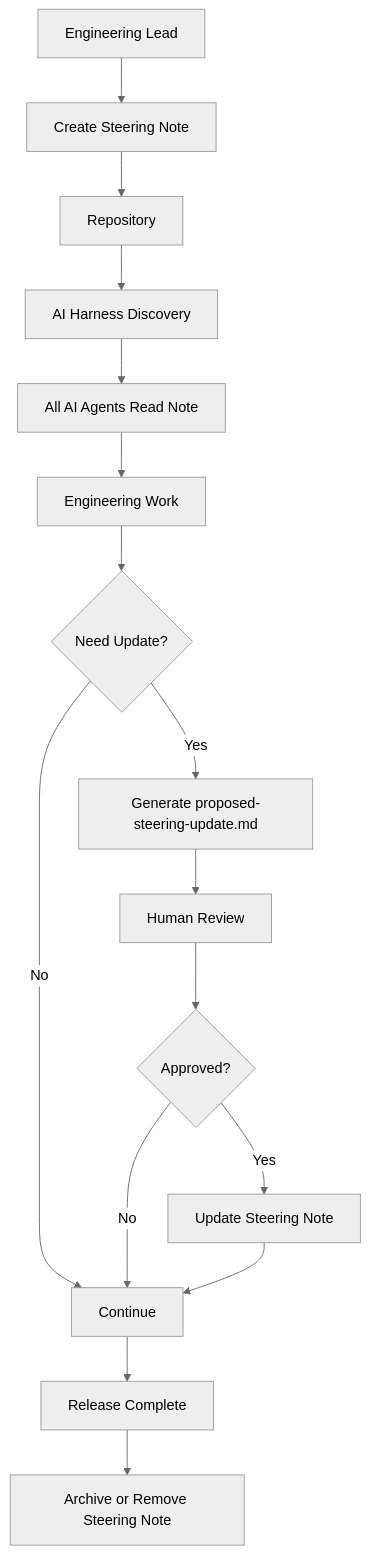
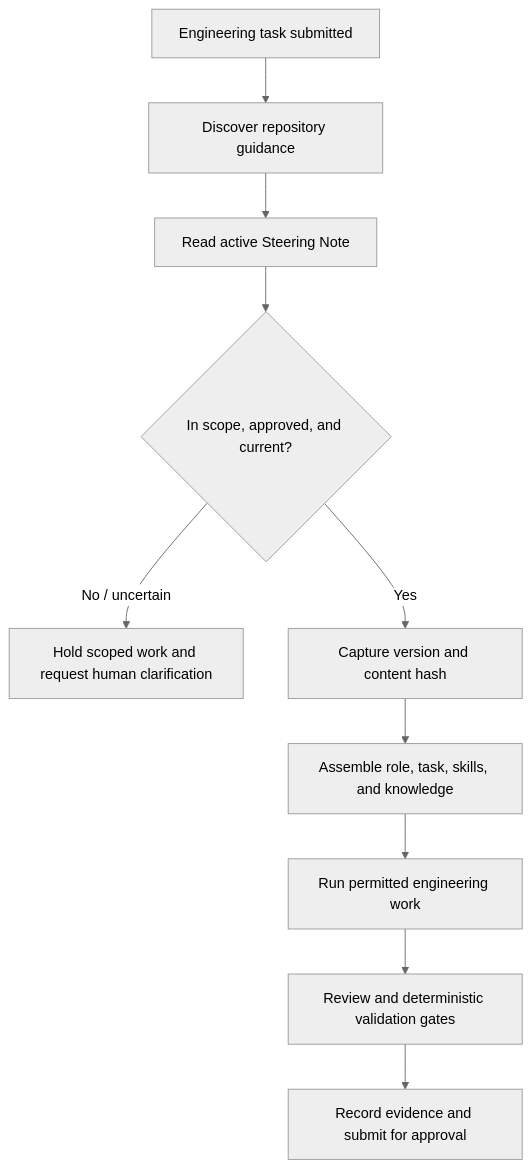
The second of 4 diagrams in book/10-steering-notes.md (sheikh-zeeshan/Enterprise-AI-Engineering-Handbook), drawn with Mermaid (neutral theme) before and after one commit. The commit also changed other lines of this file and 49 other files, not shown here.

````diff
--- a/book/10-steering-notes.md
+++ b/book/10-steering-notes.md
@@ -781,35 +592,12 @@
 ```mermaid
 flowchart TD
-
-    A[Engineering Lead]
-
-    A --> B[Create Steering Note]
-
-    B --> C[Repository]
-
-    C --> D[AI Harness Discovery]
-
-    D --> E[All AI Agents Read Note]
-
-    E --> F[Engineering Work]
-
-    F --> G{Need Update?}
-
-    G -- No --> H[Continue]
-
-    G -- Yes --> I[Generate proposed-steering-update.md]
-
-    I --> J[Human Review]
-
-    J --> K{Approved?}
-
-    K -- Yes --> L[Update Steering Note]
-
-    K -- No --> H
-
-    L --> H
-
-    H --> M[Release Complete]
-
-    M --> N[Archive or Remove Steering Note]
+    A["Engineering task submitted"] --> B["Discover repository guidance"]
+    B --> C["Read active Steering Note"]
+    C --> D{"In scope, approved, and current?"}
+    D -- "No / uncertain" --> E["Hold scoped work and request human clarification"]
+    D -- "Yes" --> F["Capture version and content hash"]
+    F --> G["Assemble role, task, skills, and knowledge"]
+    G --> H["Run permitted engineering work"]
+    H --> I["Review and deterministic validation gates"]
+    I --> J["Record evidence and submit for approval"]
 ```
````
